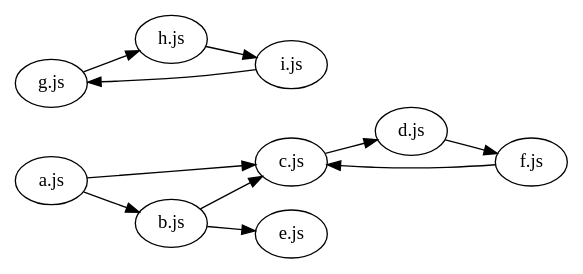
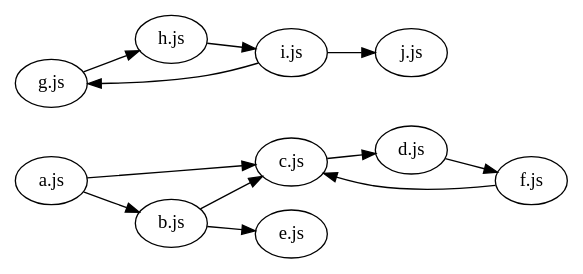
One commit to TomerAberbach/find-entry-points changed the diagram in docs/example4.gv. Above: the diagram before and after it, drawn with Graphviz. The commit also changed 1 other file, not shown here.

```diff
--- a/docs/example4.gv
+++ b/docs/example4.gv
@@ -1,11 +1,12 @@
 digraph {
   rankdir = "LR";
   node [fontname = "Ubuntu"];
 
   "a.js" -> { "b.js" "c.js" };
   "b.js" -> "c.js" -> "d.js" -> "f.js";
   "b.js" -> "e.js";
   "f.js" -> "c.js";
 
   "g.js" -> "h.js" -> "i.js" -> "g.js";
+  "i.js" -> "j.js";
 }
```
